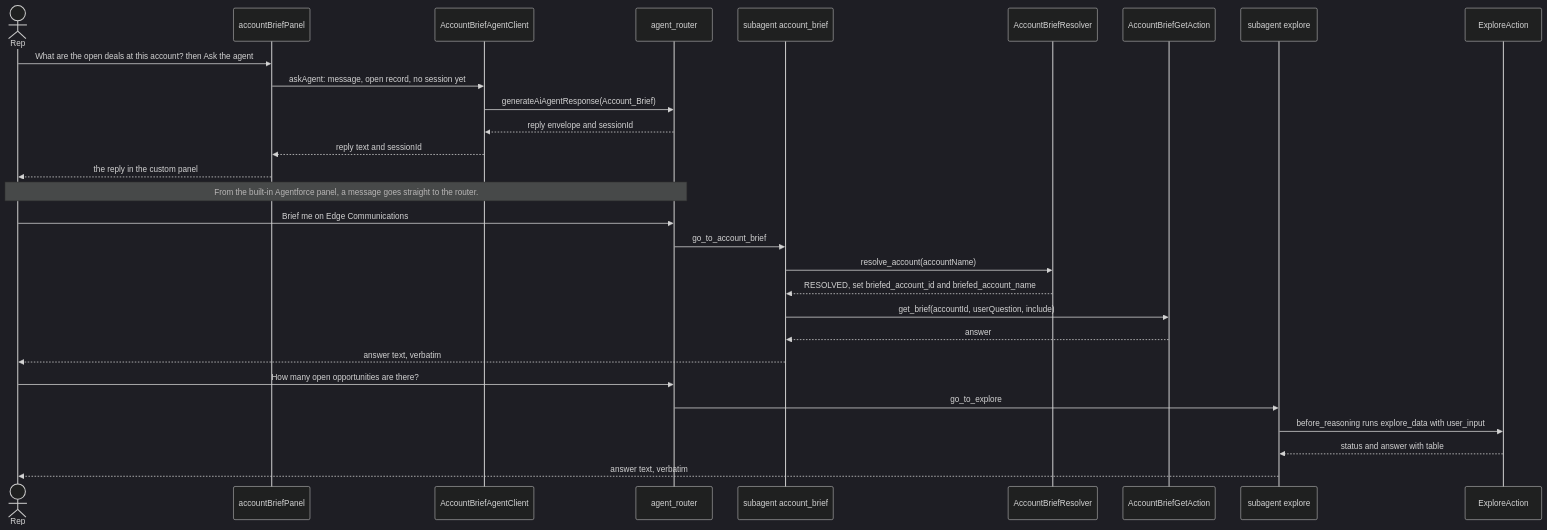
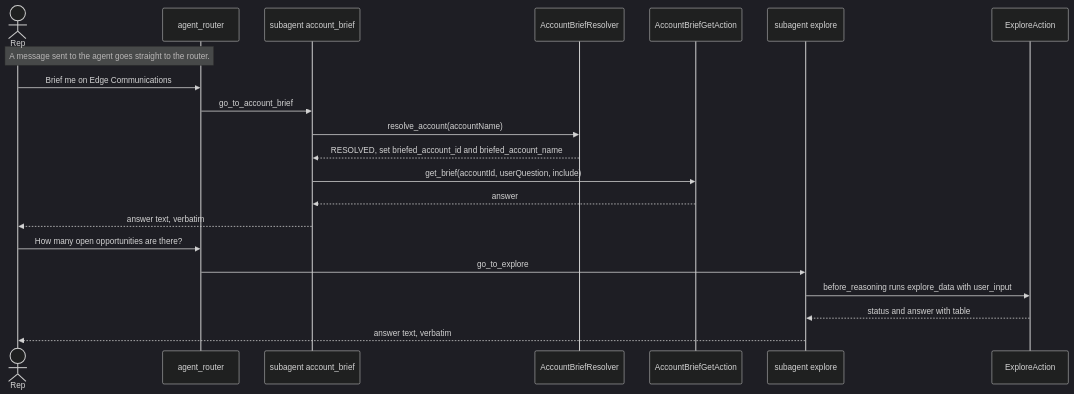
One commit to nelsben/generic-agent changed the diagram in docs/patterns/06-agent-routing-and-verbatim-relay.md. Above: the diagram before and after it, drawn with Mermaid (dark theme). The commit also changed other lines of this file and 21 other files, not shown here.

First line of the commit message:
FE-20: retire Ask the agent and the built-in panel as a way in

````diff
--- a/docs/patterns/06-agent-routing-and-verbatim-relay.md
+++ b/docs/patterns/06-agent-routing-and-verbatim-relay.md
@@ -27,31 +28,23 @@
 ```mermaid
 sequenceDiagram
     actor U as Rep
-    participant P as accountBriefPanel
-    participant AC as AccountBriefAgentClient
     participant R as agent_router
     participant AB as subagent account_brief
     participant RA as AccountBriefResolver
     participant GA as AccountBriefGetAction
     participant EX as subagent explore
     participant EA as ExploreAction
-    U->>P: What are the open deals at this account? then Ask the agent
-    P->>AC: askAgent: message, open record, no session yet
-    AC->>R: generateAiAgentResponse(Account_Brief)
-    R-->>AC: reply envelope and sessionId
-    AC-->>P: reply text and sessionId
-    P-->>U: the reply in the custom panel
-    Note over U,R: From the built-in Agentforce panel, a message goes straight to the router.
+    Note over U,R: A message sent to the agent goes straight to the router.
     U->>R: Brief me on Edge Communications
     R->>AB: go_to_account_brief
     AB->>RA: resolve_account(accountName)
     RA-->>AB: RESOLVED, set briefed_account_id and briefed_account_name
     AB->>GA: get_brief(accountId, userQuestion, include)
     GA-->>AB: answer
     AB-->>U: answer text, verbatim
     U->>R: How many open opportunities are there?
     R->>EX: go_to_explore
     EX->>EA: before_reasoning runs explore_data with user_input
     EA-->>EX: status and answer with table
     EX-->>U: answer text, verbatim
 ```
````
